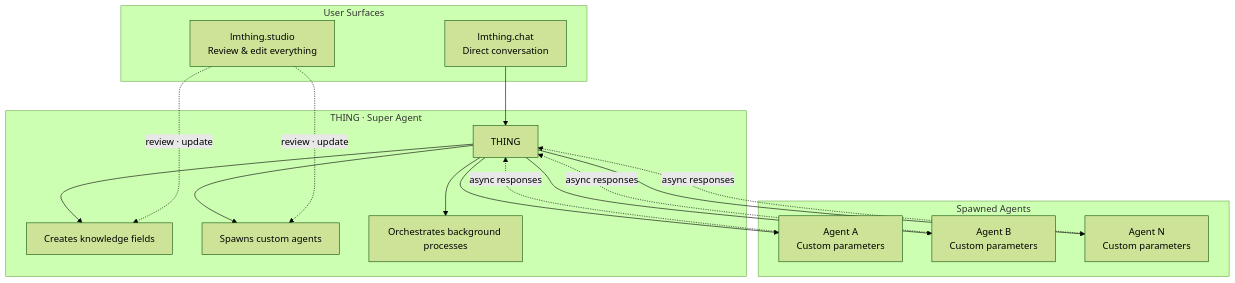
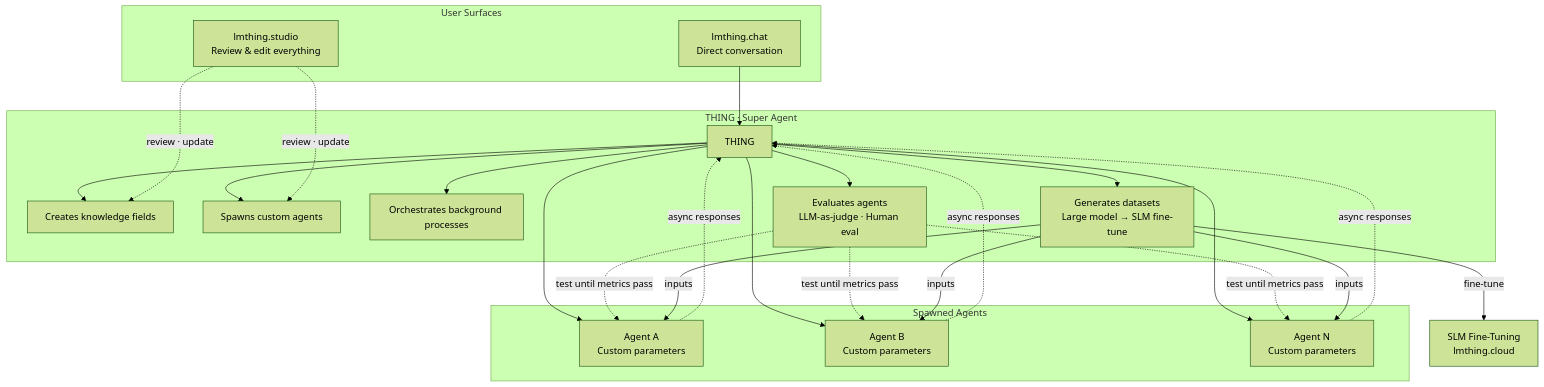
Before and after one commit to lmthing/lmthing: the first of 18 diagrams in Architecture.md, drawn with Mermaid (forest theme). The commit also changed other lines of this file, not shown here.

Commit message:
feat: enhance architecture documentation with agent evaluation and dataset generation details

````diff
--- a/Architecture.md
+++ b/Architecture.md
@@ -21,26 +21,31 @@
 ```mermaid
 graph TB
     subgraph THING["THING · Super Agent"]
         T["THING"]
         T --> CreateKnowledge["Creates knowledge fields"]
         T --> CreateAgents["Spawns custom agents"]
         T --> Orchestrate["Orchestrates background processes"]
+        T --> Evaluate["Evaluates agents<br/>LLM-as-judge · Human eval"]
+        T --> GenDataset["Generates datasets<br/>Large model → SLM fine-tune"]
     end
 
     subgraph Agents["Spawned Agents"]
         A1["Agent A<br/>Custom parameters"]
         A2["Agent B<br/>Custom parameters"]
         A3["Agent N<br/>Custom parameters"]
     end
 
     subgraph Surfaces["User Surfaces"]
         ChatUI["lmthing.chat<br/>Direct conversation"]
         StudioUI["lmthing.studio<br/>Review & edit everything"]
     end
 
     T --> A1 & A2 & A3
     A1 & A2 & A3 -. "async responses" .-> T
+    Evaluate -. "test until metrics pass" .-> A1 & A2 & A3
+    GenDataset -- "inputs" --> A1 & A2 & A3
+    GenDataset -- "fine-tune" --> SLM["SLM Fine-Tuning<br/>lmthing.cloud"]
     ChatUI --> T
     StudioUI -. "review · update" .-> CreateKnowledge
     StudioUI -. "review · update" .-> CreateAgents
 ```
````
